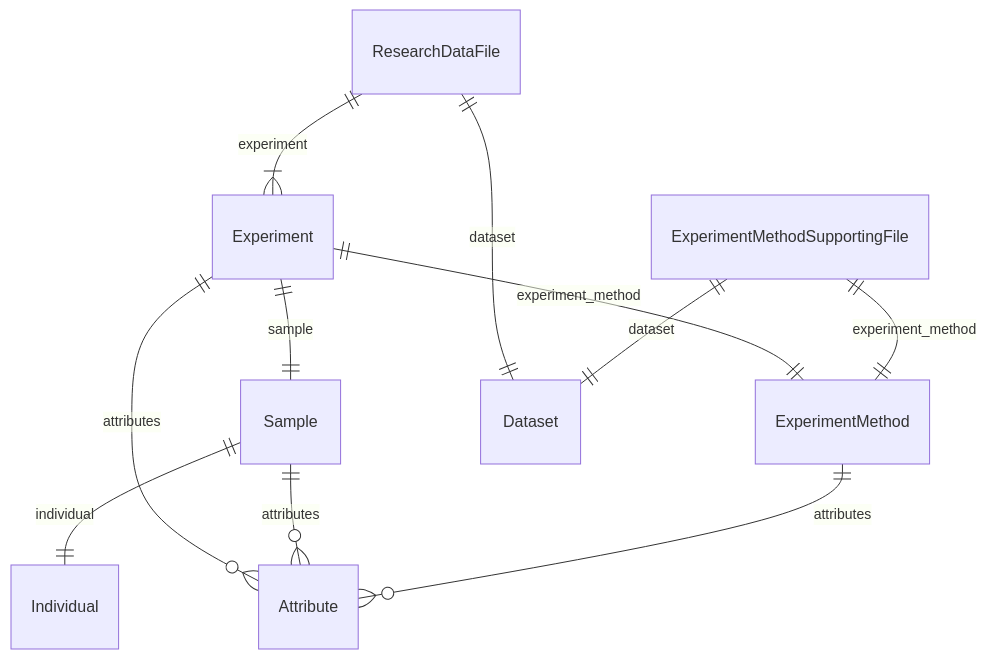
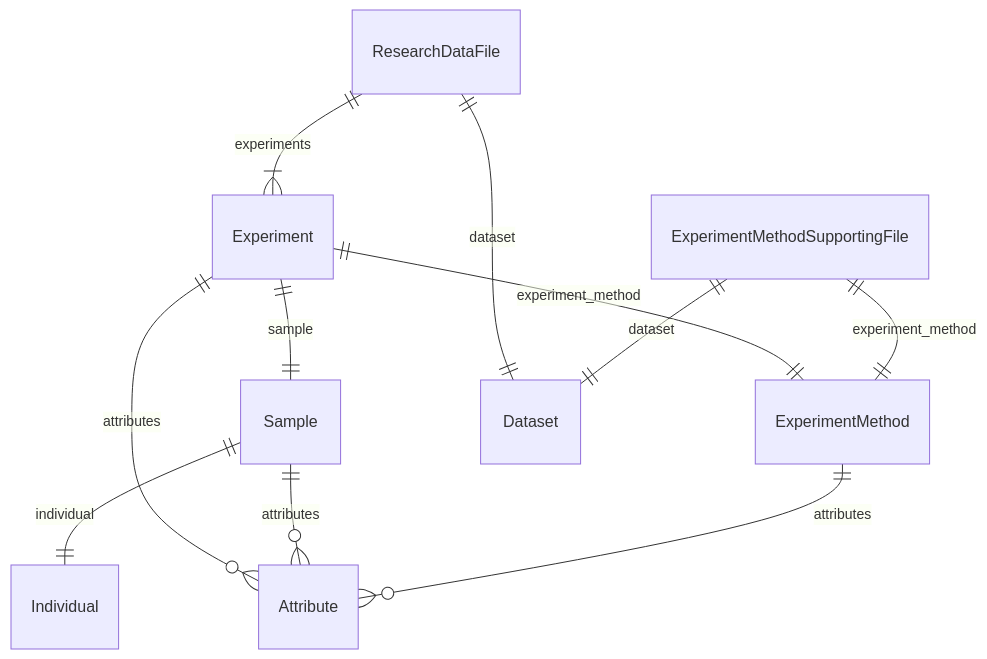
One commit to ghga-de/ghga-metadata-schema changed the third of 5 diagrams in docs/entity_relations.md. Above: the diagram before and after it, drawn with Mermaid. The commit also changed other lines of this file and 18 other files, not shown here.

````diff
--- a/docs/entity_relations.md
+++ b/docs/entity_relations.md
@@ -134,30 +134,30 @@
 ```mermaid
 erDiagram
 ExperimentMethodSupportingFile {
 
 }
 ExperimentMethod {
 
 }
 ResearchDataFile {
 
 }
 Sample {
 
 }
 Experiment {
 
 }
 
 ExperimentMethodSupportingFile ||--|| ExperimentMethod : "experiment_method"
 ExperimentMethodSupportingFile ||--|| Dataset : "dataset"
 ExperimentMethod ||--}o Attribute : "attributes"
-ResearchDataFile ||--}| Experiment : "experiment"
+ResearchDataFile ||--}| Experiment : "experiments"
 ResearchDataFile ||--|| Dataset : "dataset"
 Sample ||--|| Individual : "individual"
 Sample ||--}o Attribute : "attributes"
 Experiment ||--|| ExperimentMethod : "experiment_method"
 Experiment ||--|| Sample : "sample"
 Experiment ||--}o Attribute : "attributes"
 
 ```
````
